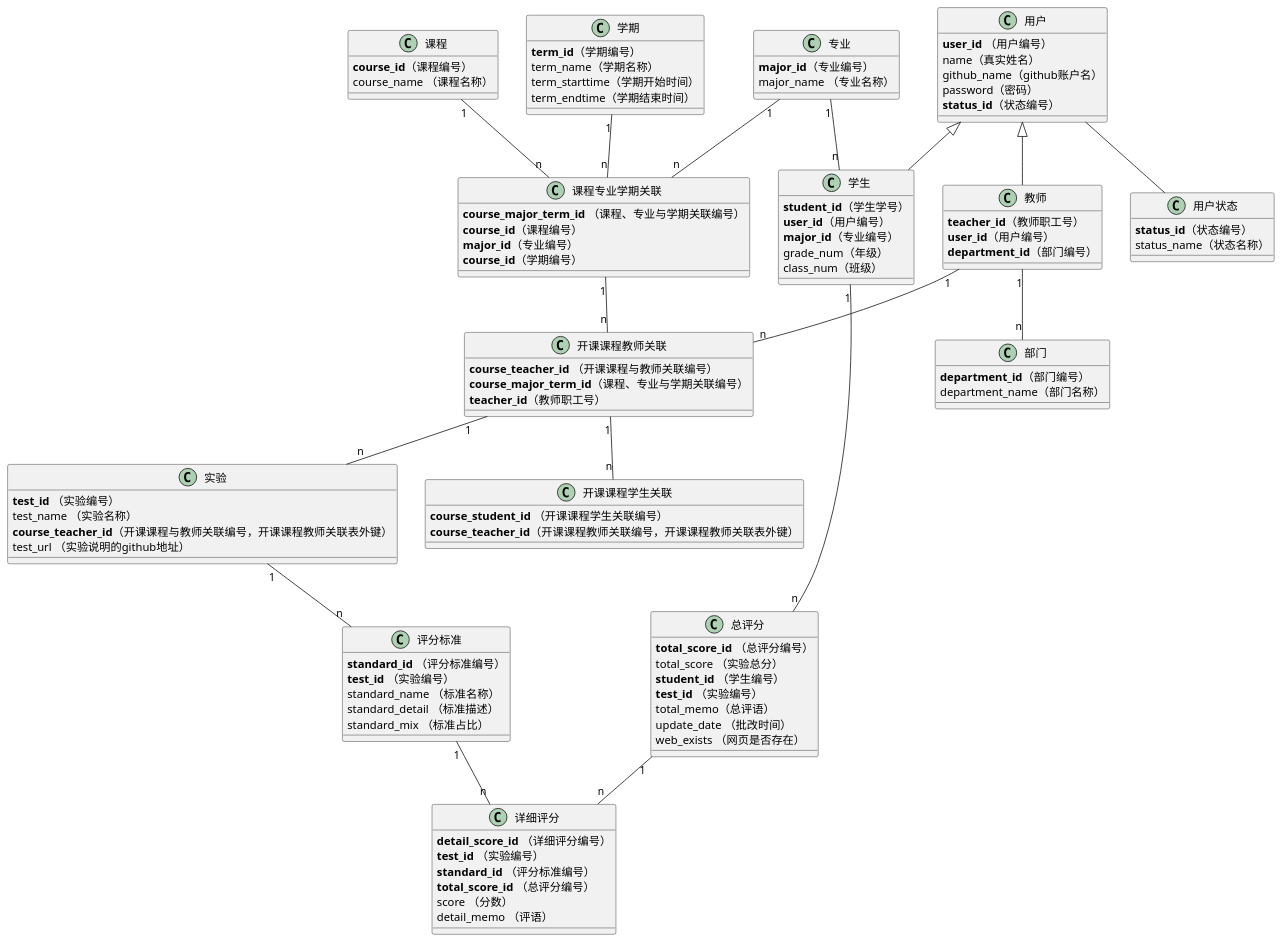
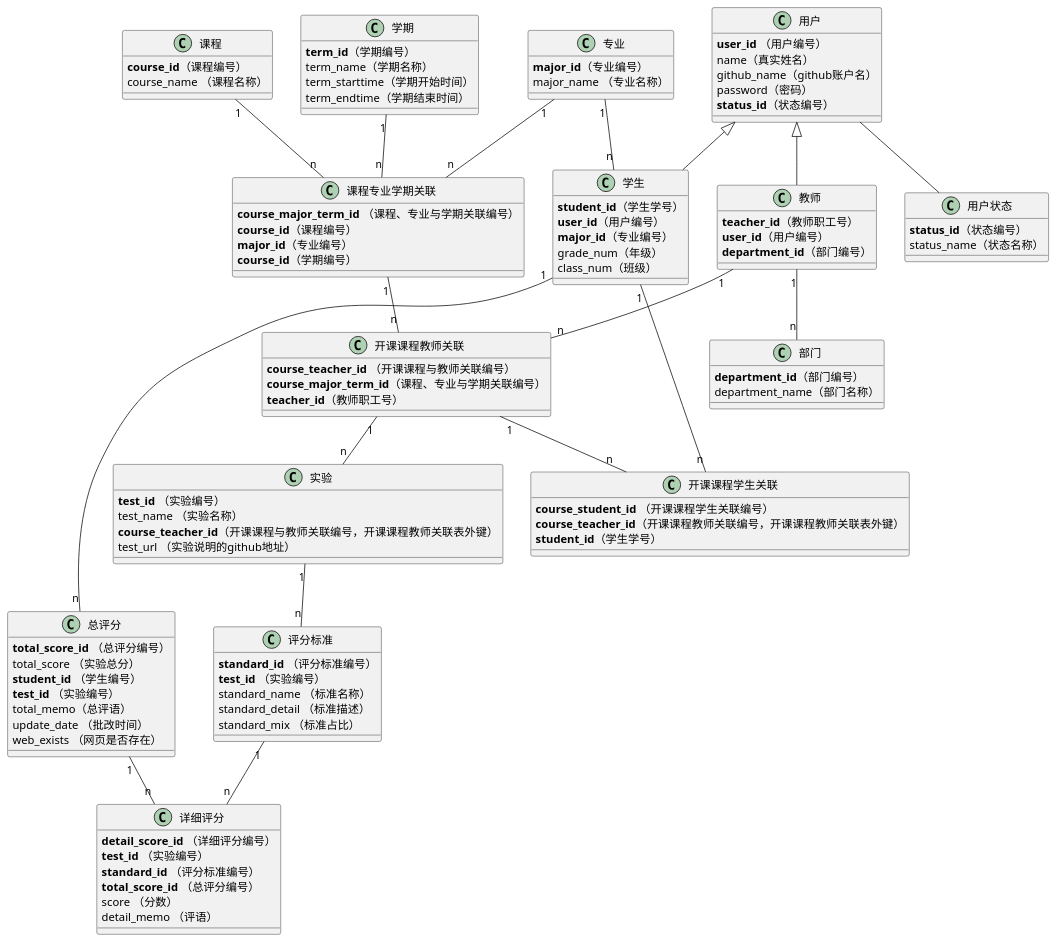
One commit to 915936476/is_analysis-3 changed the diagram in test6/源码/类图.puml. Above: the diagram before and after it, drawn with PlantUML. The commit also changed 23 other files, not shown here.

```diff
--- a/test6/源码/类图.puml
+++ b/test6/源码/类图.puml
@@ -1,105 +1,107 @@
 @startuml
 用户 <|-- 教师
 用户 <|-- 学生
 用户 -- 用户状态
 专业 "1"--"n" 学生
 教师 "1"--"n" 部门
 教师 "1"--"n" 开课课程教师关联
 课程专业学期关联 "1"--"n" 开课课程教师关联
 课程 "1"--"n" 课程专业学期关联
 专业 "1"--"n" 课程专业学期关联
 学期 "1"--"n" 课程专业学期关联
 开课课程教师关联 "1"--"n" 实验
 开课课程教师关联 "1"--"n" 开课课程学生关联
+学生 "1"--"n" 开课课程学生关联
 实验 "1"--"n" 评分标准
 总评分 "1"--"n" 详细评分
 评分标准 "1"--"n" 详细评分
 学生 "1"--"n" 总评分
 class 用户{
 <b>user_id</b> （用户编号）
 name（真实姓名）
 github_name（github账户名）
 password（密码）
 <b>status_id</b>（状态编号）
 }
 class 用户状态{
 <b>status_id</b>（状态编号）
 status_name（状态名称）
 }
 class 教师{
 <b>teacher_id</b>（教师职工号）
 <b>user_id</b>（用户编号）
 <b>department_id</b>（部门编号）
 }
 class 部门{
 <b>department_id</b>（部门编号）
 department_name（部门名称）
 }
 class 学生{
 <b>student_id</b>（学生学号）
 <b>user_id</b>（用户编号）
 <b>major_id</b>（专业编号）
 grade_num（年级）
 class_num（班级）
 }
 class 专业{
 <b>major_id</b>（专业编号）
 major_name （专业名称）
 }
 class 课程{
 <b>course_id</b>（课程编号）
 course_name （课程名称）
 }
 
 class 学期{
 <b>term_id</b>（学期编号）
 term_name（学期名称）
 term_starttime（学期开始时间）
 term_endtime（学期结束时间）
 }
 class 开课课程教师关联{
 <b>course_teacher_id</b> （开课课程与教师关联编号）
 <b>course_major_term_id</b>（课程、专业与学期关联编号）
 <b>teacher_id</b>（教师职工号）
 }
 class 课程专业学期关联{
 <b>course_major_term_id</b> （课程、专业与学期关联编号）
 <b>course_id</b>（课程编号）
 <b>major_id</b>（专业编号）
 <b>course_id</b>（学期编号）
 }
 class 开课课程学生关联{
 <b>course_student_id</b> （开课课程学生关联编号）
 <b>course_teacher_id</b>（开课课程教师关联编号，开课课程教师关联表外键）
+<b>student_id</b>（学生学号）
 }
 class 实验{
 <b>test_id</b> （实验编号）
 test_name （实验名称）
 <b>course_teacher_id</b>（开课课程与教师关联编号，开课课程教师关联表外键）
 test_url （实验说明的github地址）
 }
 class 评分标准{
 <b>standard_id</b> （评分标准编号）
 <b>test_id</b> （实验编号）
 standard_name （标准名称）
 standard_detail （标准描述）
 standard_mix （标准占比）
 }
 class 详细评分{
 <b>detail_score_id</b> （详细评分编号）
 <b>test_id</b> （实验编号）
 <b>standard_id</b> （评分标准编号）
 <b>total_score_id</b> （总评分编号）
 score （分数）
 detail_memo （评语）
 }
 class 总评分{
 <b>total_score_id</b> （总评分编号）
 total_score （实验总分）
 <b>student_id</b> （学生编号）
 <b>test_id</b> （实验编号）
 total_memo（总评语）
 update_date （批改时间）
 web_exists （网页是否存在）
 }
 @enduml
```
